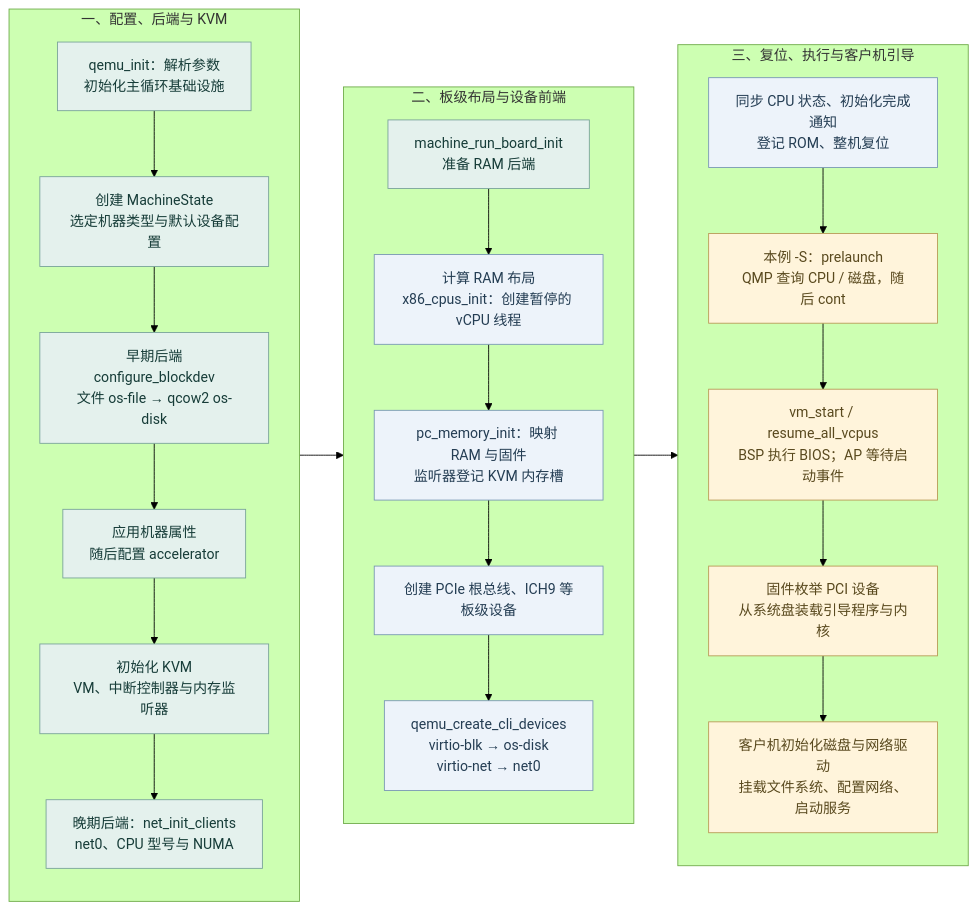
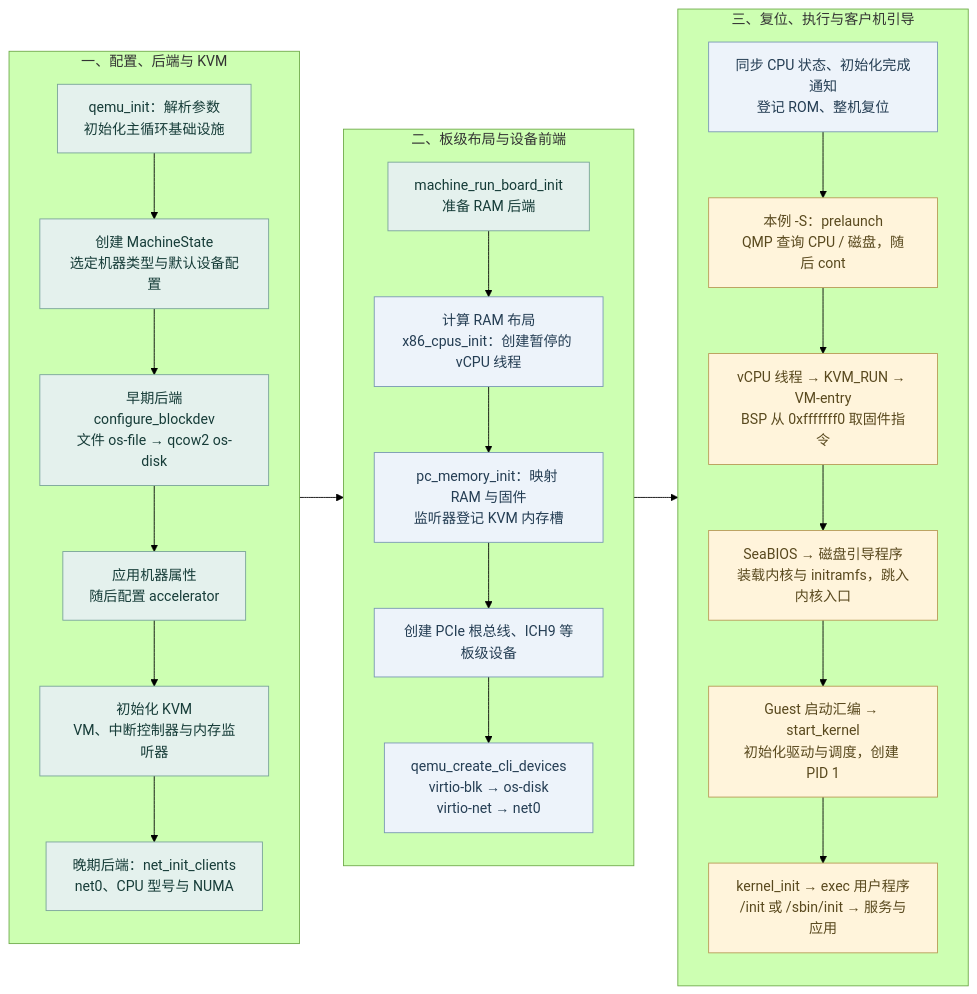
Before and after one commit to taifuer/virt_report: the diagram in virt_report/content/diagrams/qemu-startup-phases.mmd, drawn with Mermaid (forest theme). The commit also changed 181 other files, not shown here.

```diff
--- a/virt_report/content/diagrams/qemu-startup-phases.mmd
+++ b/virt_report/content/diagrams/qemu-startup-phases.mmd
@@ -1,35 +1,36 @@
 flowchart LR
   accTitle: 从后端创建到系统盘引导的初始化顺序
   accDescr: QEMU 先创建 MachineState，在早期后端阶段打开文件与 qcow2 块图，再配置 KVM，晚期后端阶段建立 user 或 TAP 网络后端。Q35 板级初始化创建暂停的 CPU 线程、RAM、固件与总线；命令行 virtio-blk 和 virtio-net 设备连接已有后端。整机复位后由 cont 启动客户机，固件从系统盘引导操作系统，再初始化磁盘和网络驱动。
   subgraph PREP["一、配置、后端与 KVM"]
     direction TB
     A["qemu_init：解析参数<br/>初始化主循环基础设施"] --> B["创建 MachineState<br/>选定机器类型与默认设备配置"]
     B --> EB["早期后端<br/>configure_blockdev<br/>文件 os-file → qcow2 os-disk"]
     EB --> MP["应用机器属性<br/>随后配置 accelerator"]
     MP --> C["初始化 KVM<br/>VM、中断控制器与内存监听器"]
     C --> D["晚期后端：net_init_clients<br/>net0、CPU 型号与 NUMA"]
   end
   subgraph BOARD["二、板级布局与设备前端"]
     direction TB
     E["machine_run_board_init<br/>准备 RAM 后端"]
     F["计算 RAM 布局<br/>x86_cpus_init：创建暂停的 vCPU 线程"]
     G["pc_memory_init：映射 RAM 与固件<br/>监听器登记 KVM 内存槽"]
     H["创建 PCIe 根总线、ICH9 等板级设备"]
     I["qemu_create_cli_devices<br/>virtio-blk → os-disk<br/>virtio-net → net0"]
     E --> F --> G --> H --> I
   end
   subgraph RUN["三、复位、执行与客户机引导"]
     direction TB
     J["同步 CPU 状态、初始化完成通知<br/>登记 ROM、整机复位"]
     J --> L["本例 -S：prelaunch<br/>QMP 查询 CPU / 磁盘，随后 cont"]
-    L --> N["vm_start / resume_all_vcpus<br/>BSP 执行 BIOS；AP 等待启动事件"]
-    N --> FW["固件枚举 PCI 设备<br/>从系统盘装载引导程序与内核"]
-    FW --> OS["客户机初始化磁盘与网络驱动<br/>挂载文件系统、配置网络、启动服务"]
+    L --> N["vCPU 线程 → KVM_RUN → VM-entry<br/>BSP 从 0xfffffff0 取固件指令"]
+    N --> FW["SeaBIOS → 磁盘引导程序<br/>装载内核与 initramfs，跳入内核入口"]
+    FW --> OS["Guest 启动汇编 → start_kernel<br/>初始化驱动与调度，创建 PID 1"]
+    OS --> USER["kernel_init → exec 用户程序<br/>/init 或 /sbin/init → 服务与应用"]
   end
   PREP --> BOARD --> RUN
   classDef setup fill:#e4f1ed,stroke:#78a399,color:#163c38;
   classDef board fill:#edf3fa,stroke:#7897b3,color:#243d53;
   classDef run fill:#fff4db,stroke:#b89a55,color:#59491e;
   class A,B,EB,MP,C,D,E setup;
   class F,G,H,I,J board;
-  class L,N,FW,OS run;
+  class L,N,FW,OS,USER run;
```
